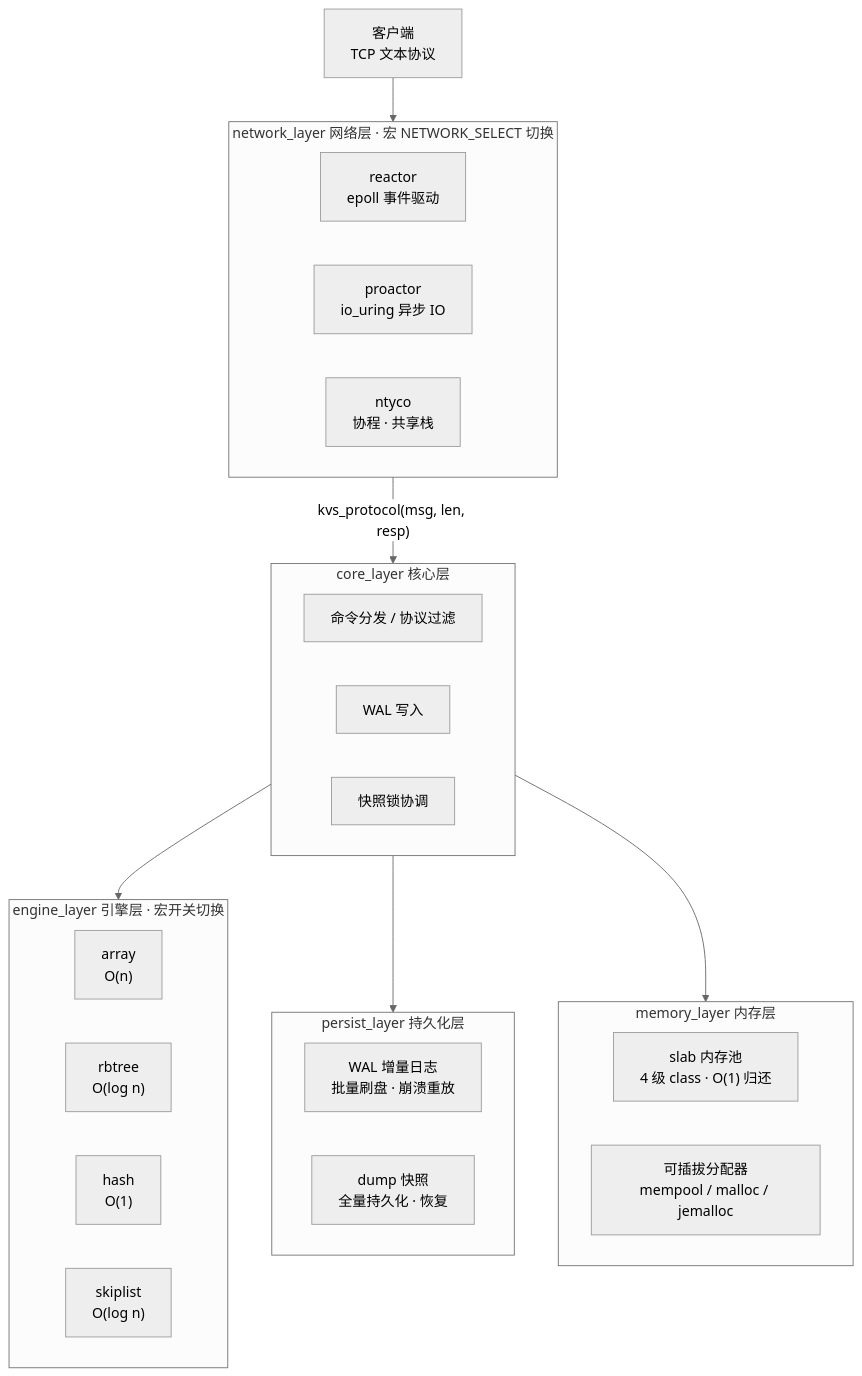
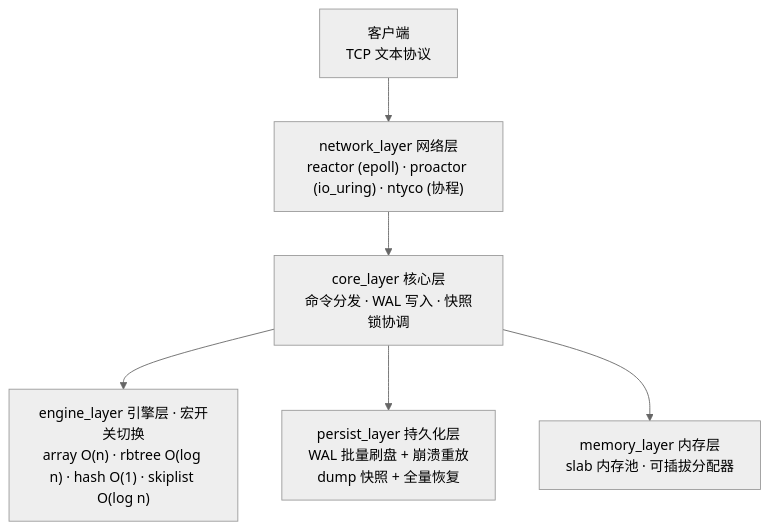
The diagram in README.md (linux-lin17/kv_store), drawn with Mermaid (neutral theme) before and after one commit.

Commit message:
第九次提交:优化README Co-Authored-By: Claude <noreply@anthropic.com>

````diff
--- a/README.md
+++ b/README.md
@@ -17,39 +17,13 @@
 ```mermaid
 flowchart TB
-    CLIENT["客户端<br/>TCP 文本协议"] --> NET
+    C["客户端<br/>TCP 文本协议"]
+    N["network_layer 网络层<br/>reactor (epoll) · proactor (io_uring) · ntyco (协程)"]
+    K["core_layer 核心层<br/>命令分发 · WAL 写入 · 快照锁协调"]
+    E["engine_layer 引擎层 · 宏开关切换<br/>array O(n) · rbtree O(log n) · hash O(1) · skiplist O(log n)"]
+    P["persist_layer 持久化层<br/>WAL 批量刷盘 + 崩溃重放<br/>dump 快照 + 全量恢复"]
+    M["memory_layer 内存层<br/>slab 内存池 · 可插拔分配器"]
 
-    subgraph NET["network_layer 网络层 · 宏 NETWORK_SELECT 切换"]
-        R["reactor<br/>epoll 事件驱动"]
-        P["proactor<br/>io_uring 异步 IO"]
-        CO["ntyco<br/>协程 · 共享栈"]
-    end
-
-    NET -->|"kvs_protocol(msg, len, resp)"| CORE
-
-    subgraph CORE["core_layer 核心层"]
-        D["命令分发 / 协议过滤"]
-        W["WAL 写入"]
-        L["快照锁协调"]
-    end
-
-    CORE --> ENG
-    CORE --> PER
-    CORE --> MEM
-
-    subgraph ENG["engine_layer 引擎层 · 宏开关切换"]
-        A["array<br/>O(n)"]
-        RB["rbtree<br/>O(log n)"]
-        HA["hash<br/>O(1)"]
-        SK["skiplist<br/>O(log n)"]
-    end
-
-    subgraph PER["persist_layer 持久化层"]
-        WAL["WAL 增量日志<br/>批量刷盘 · 崩溃重放"]
-        SNAP["dump 快照<br/>全量持久化 · 恢复"]
-    end
-
-    subgraph MEM["memory_layer 内存层"]
-        SLAB["slab 内存池<br/>4 级 class · O(1) 归还"]
-        ALLOC["可插拔分配器<br/>mempool / malloc / jemalloc"]
-    end
+    C --> N --> K --> E
+    K --> P
+    K --> M
 ```
````
